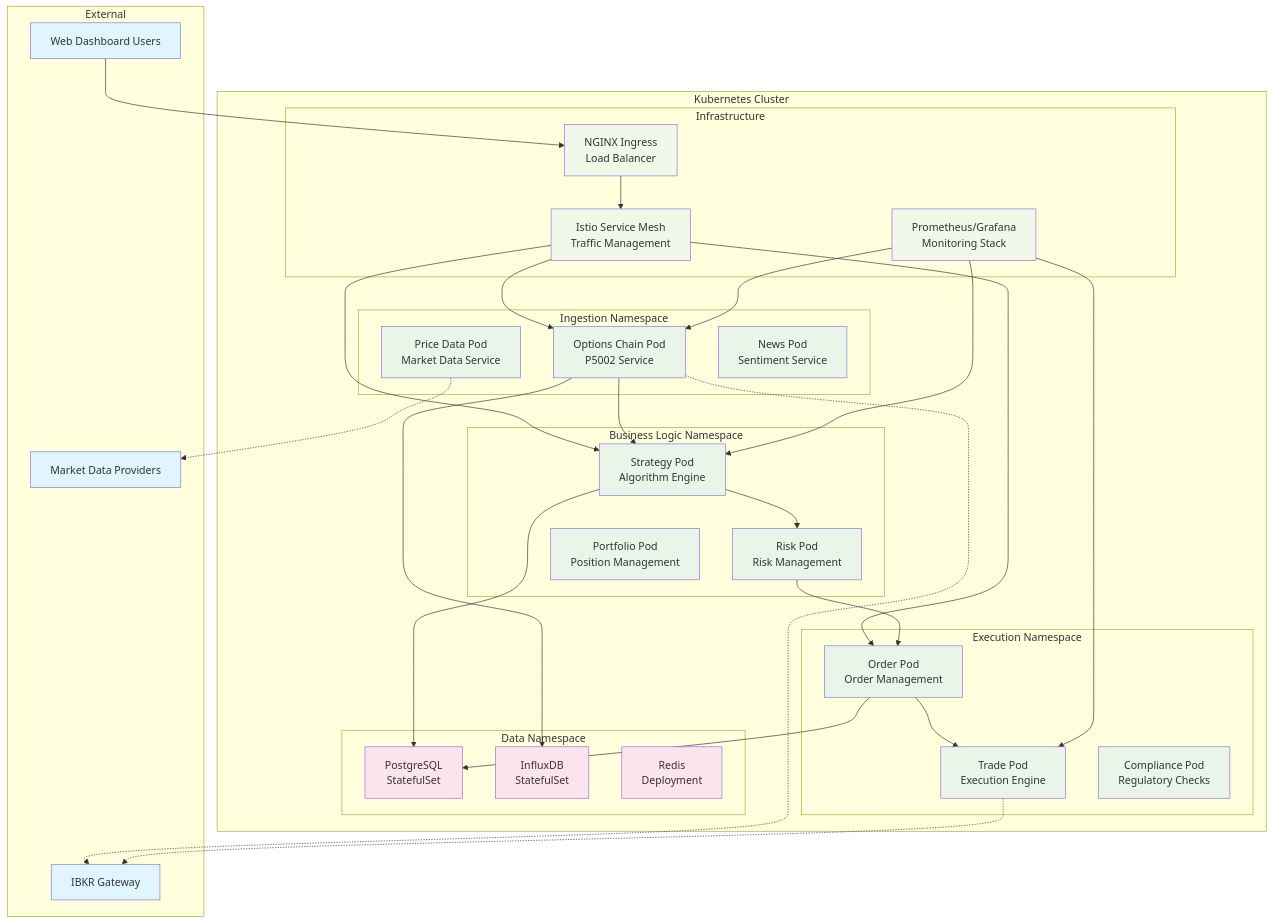
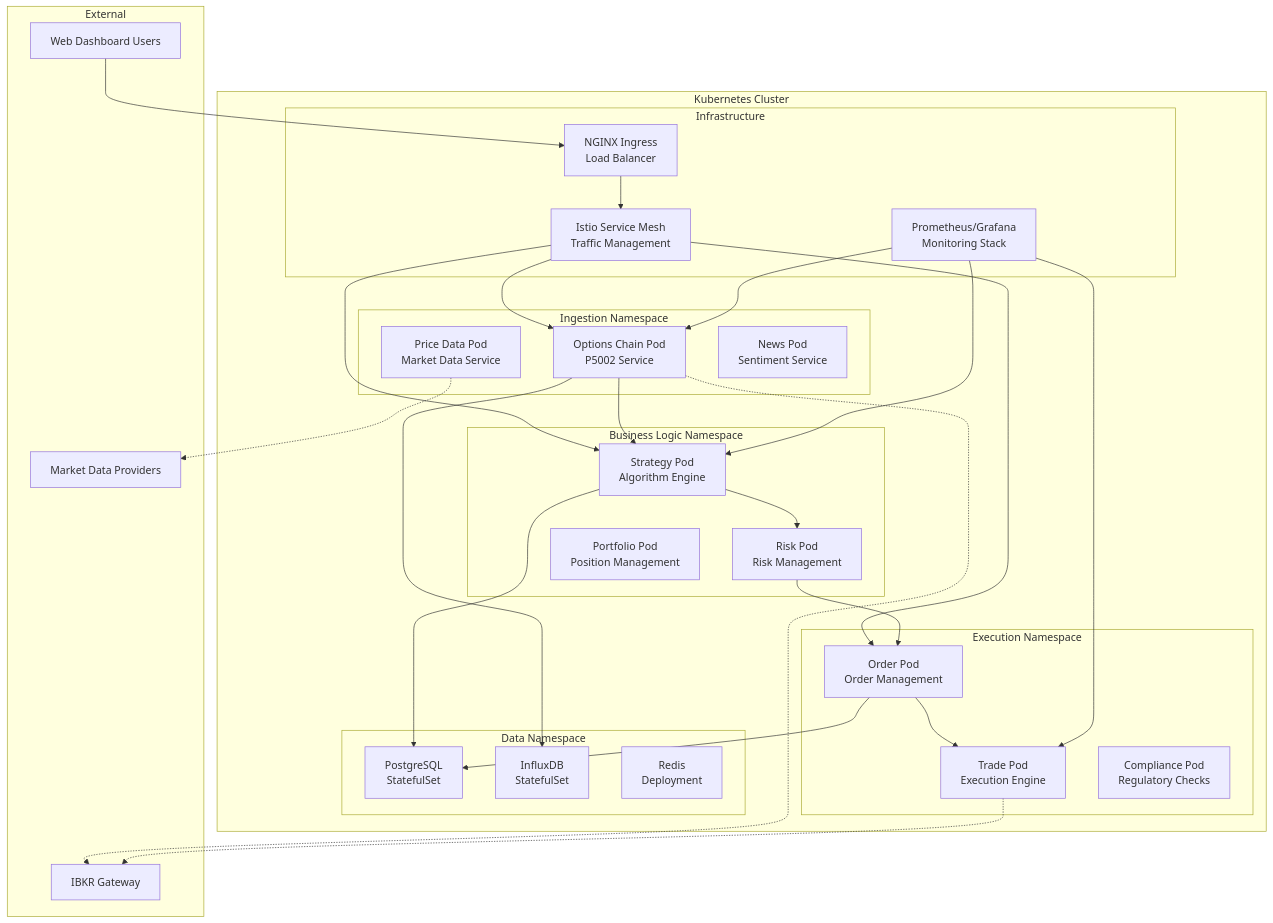
The fifth of 7 diagrams in src/Python_Programs/IBKR_Trading_System_Architecture.md (petewilburn/Python-Programs-for-Fun-and-Education), drawn with Mermaid before and after one commit. The commit also changed other lines of this file and 3 other files, not shown here.

Commit message:
Remove all Mermaid styling for better dark mode compatibility

````diff
--- a/src/Python_Programs/IBKR_Trading_System_Architecture.md
+++ b/src/Python_Programs/IBKR_Trading_System_Architecture.md
@@ -365,81 +335,71 @@
 ```mermaid
 
 graph TB
     subgraph "Kubernetes Cluster"
         subgraph "Ingestion Namespace"
             OptPod[Options Chain Pod<br/>P5002 Service]
             PricePod[Price Data Pod<br/>Market Data Service]
             NewsPod[News Pod<br/>Sentiment Service]
         end
         
         subgraph "Business Logic Namespace"
             StratPod[Strategy Pod<br/>Algorithm Engine]
             RiskPod[Risk Pod<br/>Risk Management]
             PortPod[Portfolio Pod<br/>Position Management]
         end
         
         subgraph "Execution Namespace"
             OrderPod[Order Pod<br/>Order Management]
             TradePod[Trade Pod<br/>Execution Engine]
             CompPod[Compliance Pod<br/>Regulatory Checks]
         end
         
         subgraph "Data Namespace"
             PostgresPod[PostgreSQL<br/>StatefulSet]
             InfluxPod[InfluxDB<br/>StatefulSet]
             RedisPod[Redis<br/>Deployment]
         end
         
         subgraph "Infrastructure"
             Ingress[NGINX Ingress<br/>Load Balancer]
             ServiceMesh[Istio Service Mesh<br/>Traffic Management]
             Monitoring[Prometheus/Grafana<br/>Monitoring Stack]
         end
     end
     
     subgraph "External"
         Users[Web Dashboard Users]
         IBKR[IBKR Gateway]
         MarketData[Market Data Providers]
     end
     
     %% External connections
     Users --> Ingress
     Ingress --> ServiceMesh
     
     %% Service mesh routing
     ServiceMesh --> OptPod
     ServiceMesh --> StratPod
     ServiceMesh --> OrderPod
     
     %% External API connections
     OptPod -.-> IBKR
     PricePod -.-> MarketData
     TradePod -.-> IBKR
     
     %% Internal data flow
     OptPod --> StratPod
     StratPod --> RiskPod
     RiskPod --> OrderPod
     OrderPod --> TradePod
     
     %% Data persistence
     OptPod --> InfluxPod
     StratPod --> PostgresPod
     OrderPod --> PostgresPod
     
     %% Monitoring
     Monitoring --> OptPod
     Monitoring --> StratPod
     Monitoring --> TradePod
-    
-    classDef pod fill:#e8f5e8
-    classDef data fill:#fce4ec
-    classDef infra fill:#f1f8e9
-    classDef external fill:#e1f5fe
-    
-    class OptPod,PricePod,NewsPod,StratPod,RiskPod,PortPod,OrderPod,TradePod,CompPod pod
-    class PostgresPod,InfluxPod,RedisPod data
-    class Ingress,ServiceMesh,Monitoring infra
-    class Users,IBKR,MarketData external
 ```
````
